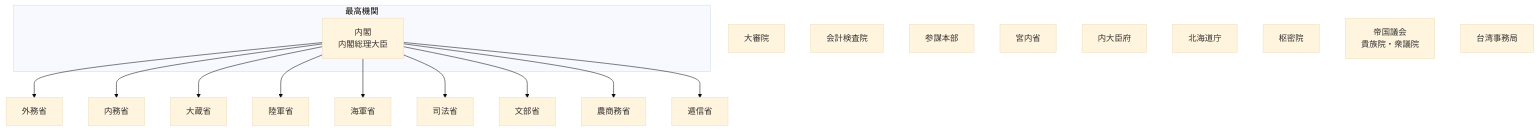
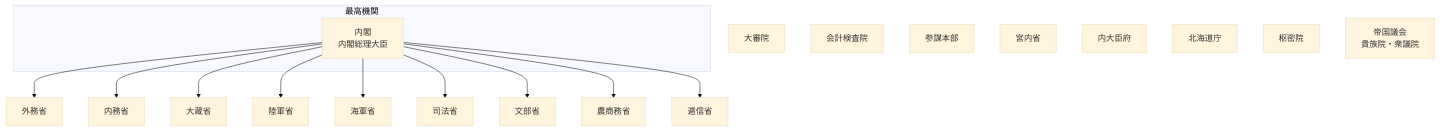
One commit to tatemaru/jp-admin-org-chart changed the diagram in README.md. Above: the diagram before and after it, drawn with Mermaid (base theme). The commit also changed other lines of this file, not shown here.

First line of the commit message:
feat(台湾事務局): 台湾事務局を内務省へ移管

````diff
--- a/README.md
+++ b/README.md
@@ -9,35 +9,34 @@
 ```mermaid
 flowchart TB
   subgraph top["最高機関"]
     Cab["内閣
 内閣総理大臣"]
   end
   Gaimu["外務省"]
   Cab --> Gaimu
   Naimu["内務省"]
   Cab --> Naimu
   Okura["大蔵省"]
   Cab --> Okura
   Rikugun["陸軍省"]
   Cab --> Rikugun
   Kaigun["海軍省"]
   Cab --> Kaigun
   Shiho["司法省"]
   Cab --> Shiho
   Mombu["文部省"]
   Cab --> Mombu
   Nosho["農商務省"]
   Cab --> Nosho
   Teishin["逓信省"]
   Cab --> Teishin
   Daishin["大審院"]
   Audit["会計検査院"]
   Sanbo["参謀本部"]
   Kunai["宮内省"]
   Naidaijin["内大臣府"]
   Hokkaido["北海道庁"]
   Privy["枢密院"]
   Diet["帝国議会
 貴族院・衆議院"]
-  TaiwanJim["台湾事務局"]
 ```
````
